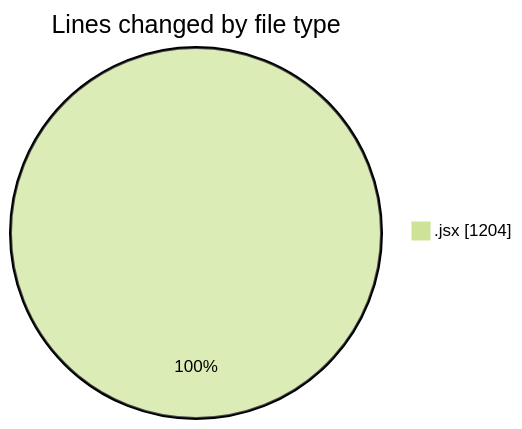
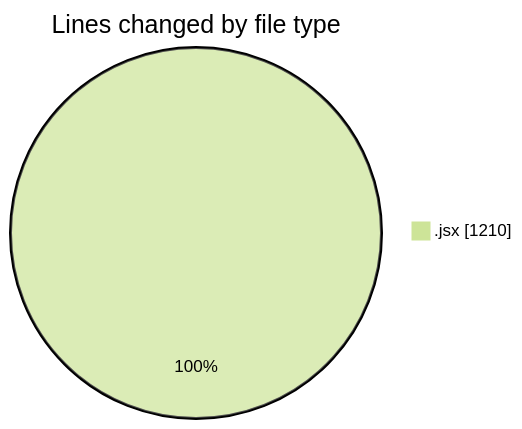
Before and after one commit to nxtqubesakshisongat/code-tracking: the first of 2 diagrams in 2025-09-15/nxtqube_webapp/README.md, drawn with Mermaid (forest theme). The commit also changed other lines of this file and 1 other file, not shown here.

````diff
--- a/2025-09-15/nxtqube_webapp/README.md
+++ b/2025-09-15/nxtqube_webapp/README.md
@@ -20,5 +20,5 @@
 ```mermaid
 pie showData
 title Lines changed by file type
-".jsx" : 1204
+".jsx" : 1210
 ```
````
